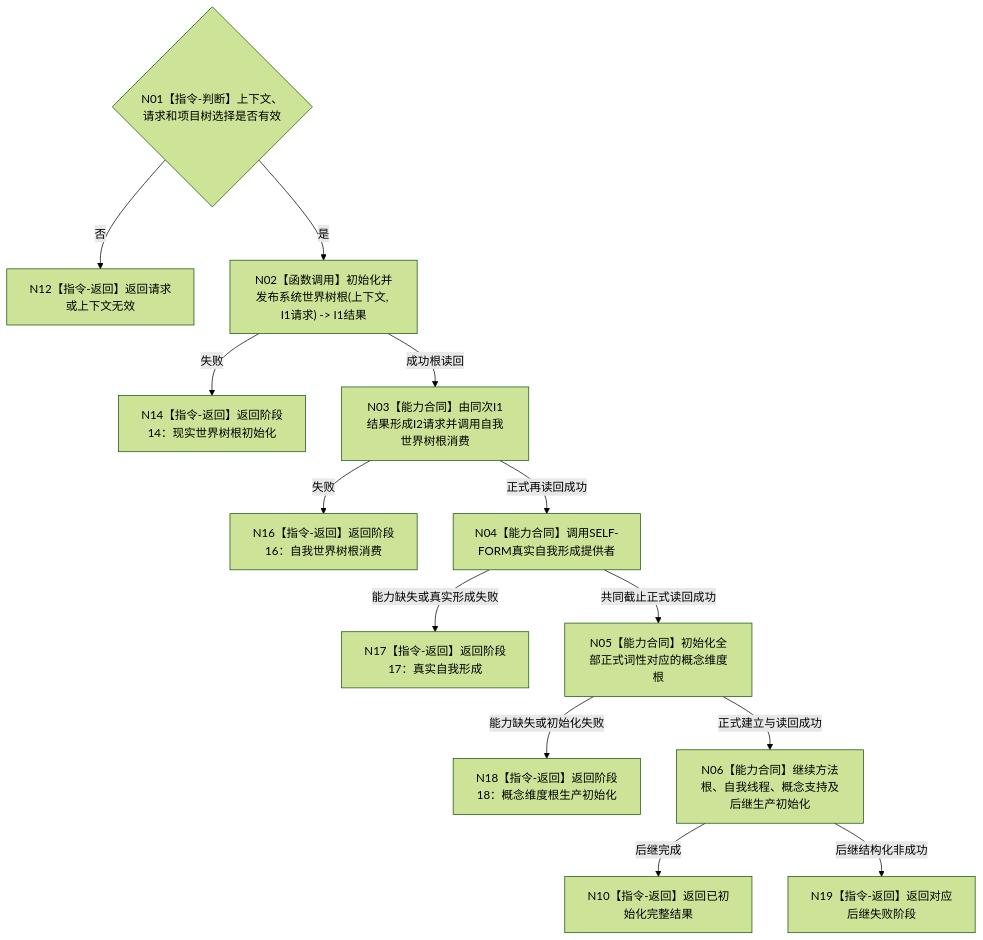
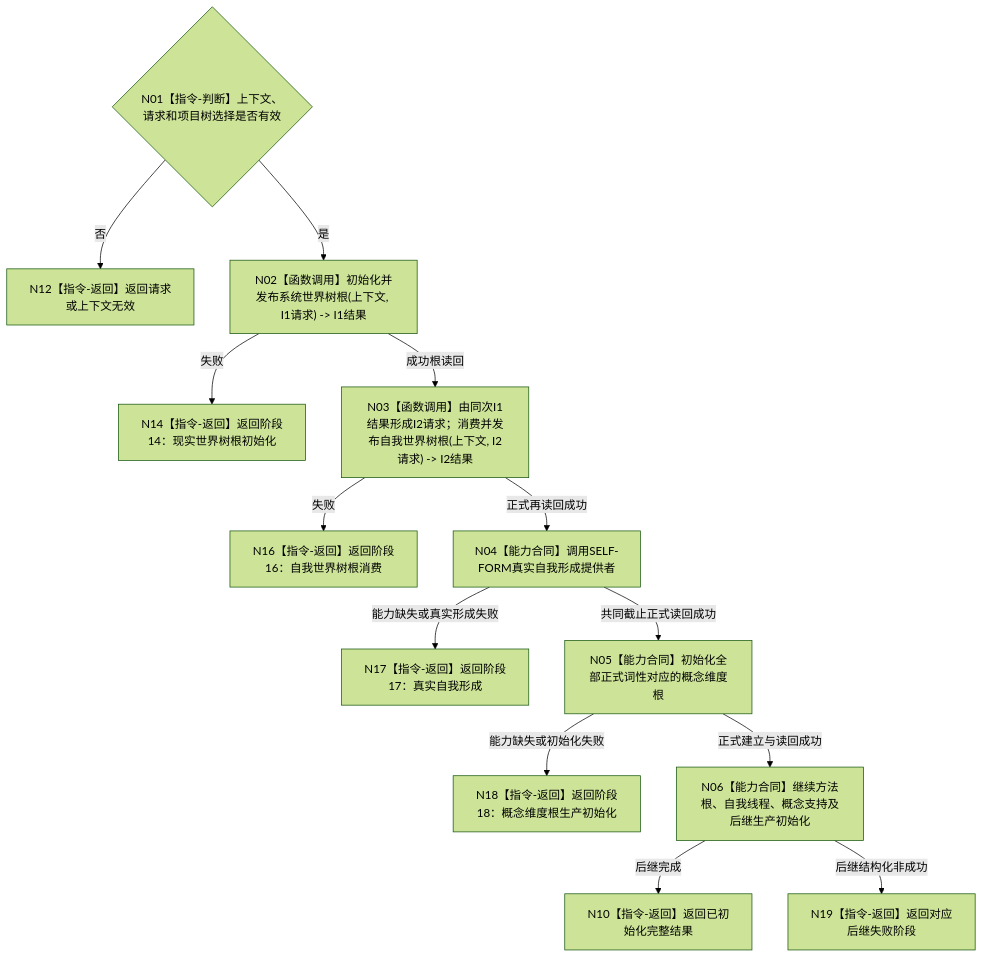
One commit to chunhaizh-cyber/HY-Ego changed the diagram in 流程图/目标业务流程图/L2/BIZ-L2-001-03_初始化普通系统_目标函数流程图_v0.1.md. Above: the diagram before and after it, drawn with Mermaid (forest theme). The commit also changed other lines of this file and 10 other files, not shown here.

````diff
--- a/流程图/目标业务流程图/L2/BIZ-L2-001-03_初始化普通系统_目标函数流程图_v0.1.md
+++ b/流程图/目标业务流程图/L2/BIZ-L2-001-03_初始化普通系统_目标函数流程图_v0.1.md
@@ -29,15 +29,15 @@
 ```mermaid
 flowchart TD
     N01{"N01【指令-判断】上下文、请求和项目树选择是否有效"} -->|否| N12["N12【指令-返回】返回请求或上下文无效"]
     N01 -->|是| N02["N02【函数调用】初始化并发布系统世界树根(上下文, I1请求) -> I1结果"]
     N02 -->|失败| N14["N14【指令-返回】返回阶段14：现实世界树根初始化"]
-    N02 -->|成功根读回| N03["N03【能力合同】由同次I1结果形成I2请求并调用自我世界树根消费"]
+    N02 -->|成功根读回| N03["N03【函数调用】由同次I1结果形成I2请求；消费并发布自我世界树根(上下文, I2请求) -> I2结果"]
     N03 -->|失败| N16["N16【指令-返回】返回阶段16：自我世界树根消费"]
     N03 -->|正式再读回成功| N04["N04【能力合同】调用SELF-FORM真实自我形成提供者"]
     N04 -->|能力缺失或真实形成失败| N17["N17【指令-返回】返回阶段17：真实自我形成"]
     N04 -->|共同截止正式读回成功| N05["N05【能力合同】初始化全部正式词性对应的概念维度根"]
     N05 -->|能力缺失或初始化失败| N18["N18【指令-返回】返回阶段18：概念维度根生产初始化"]
     N05 -->|正式建立与读回成功| N06["N06【能力合同】继续方法根、自我线程、概念支持及后继生产初始化"]
     N06 -->|后继完成| N10["N10【指令-返回】返回已初始化完整结果"]
     N06 -->|后继结构化非成功| N19["N19【指令-返回】返回对应后继失败阶段"]
 ```
````
